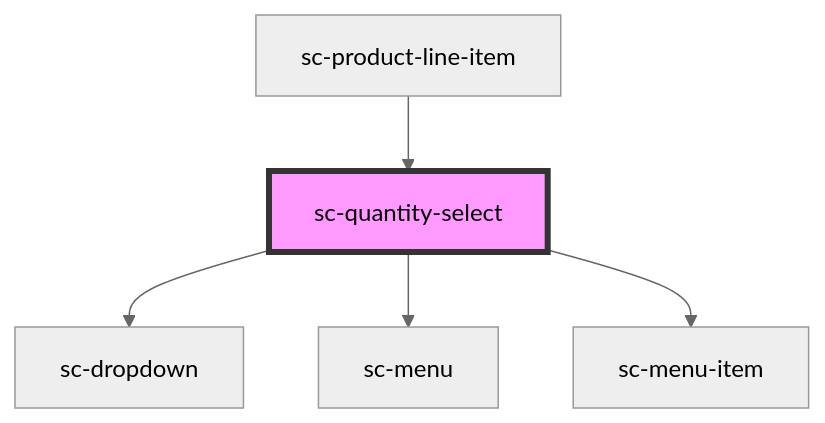
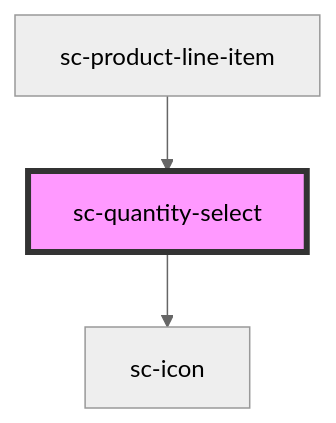
One commit to surecart/surecart-wp-plugin changed the diagram in packages/components/src/components/ui/quantity-select/readme.md. Above: the diagram before and after it, drawn with Mermaid (neutral theme). The commit also changed other lines of this file and 88 other files, not shown here.

````diff
--- a/packages/components/src/components/ui/quantity-select/readme.md
+++ b/packages/components/src/components/ui/quantity-select/readme.md
@@ -38,8 +48,6 @@
 ```mermaid
 graph TD;
-  sc-quantity-select --> sc-dropdown
-  sc-quantity-select --> sc-menu
-  sc-quantity-select --> sc-menu-item
+  sc-quantity-select --> sc-icon
   sc-product-line-item --> sc-quantity-select
   style sc-quantity-select fill:#f9f,stroke:#333,stroke-width:4px
 ```
````
